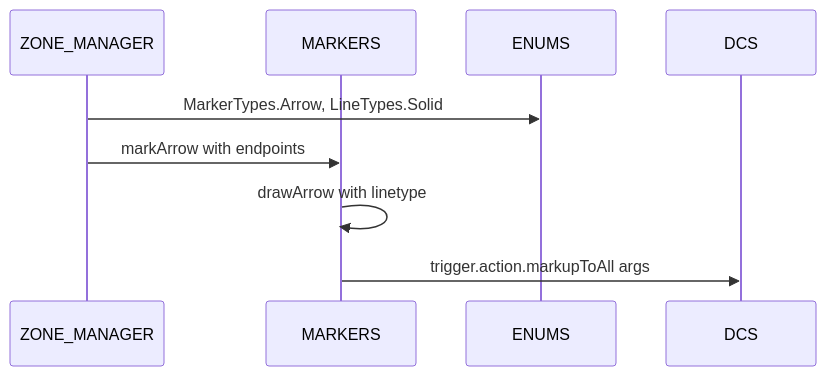
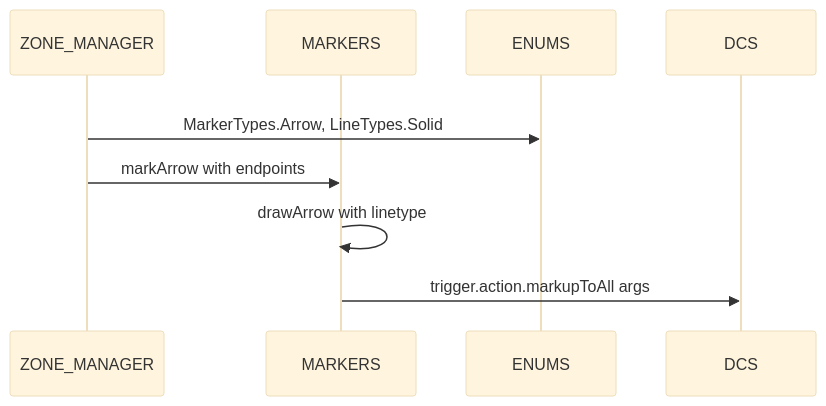
The third of 4 diagrams in docs/enums/lines_and_markers.md (Gh0st352/AETHR), drawn with Mermaid before and after one commit. The commit also changed other lines of this file and 7 other files, not shown here.

First line of the commit message:
docs(enums): add structured mermaid styling and subgraphs

````diff
--- a/docs/enums/lines_and_markers.md
+++ b/docs/enums/lines_and_markers.md
@@ -54,10 +91,14 @@
 ```mermaid
+%%{init: {"theme":"base"}}%%
 sequenceDiagram
   participant ZM as ZONE_MANAGER
   participant MK as MARKERS
   participant EN as ENUMS
-  ZM->>EN: MarkerTypes.Arrow, LineTypes.Solid
-  ZM->>MK: markArrow with endpoints
-  MK->>MK: drawArrow with linetype
-  MK->>DCS: trigger.action.markupToAll args
+
+  rect rgba(255, 255, 255, 0.75)
+    ZM->>EN: MarkerTypes.Arrow, LineTypes.Solid
+    ZM->>MK: markArrow with endpoints
+    MK->>MK: drawArrow with linetype
+    MK->>DCS: trigger.action.markupToAll args
+  end
 ```
````
